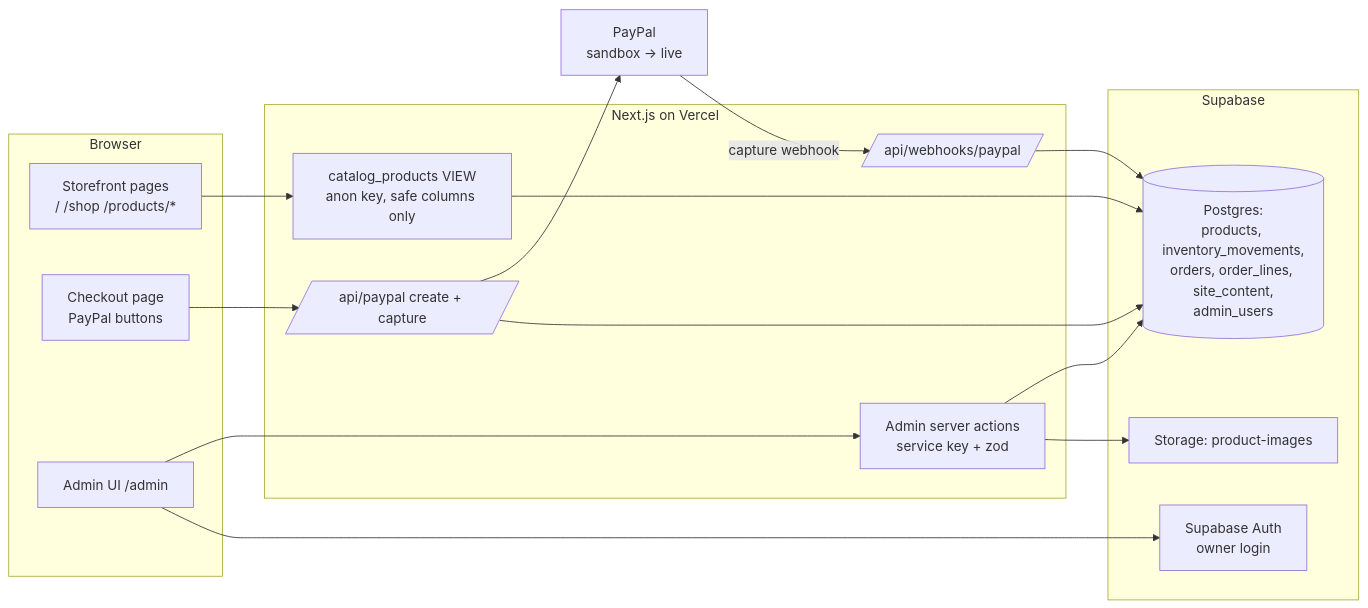
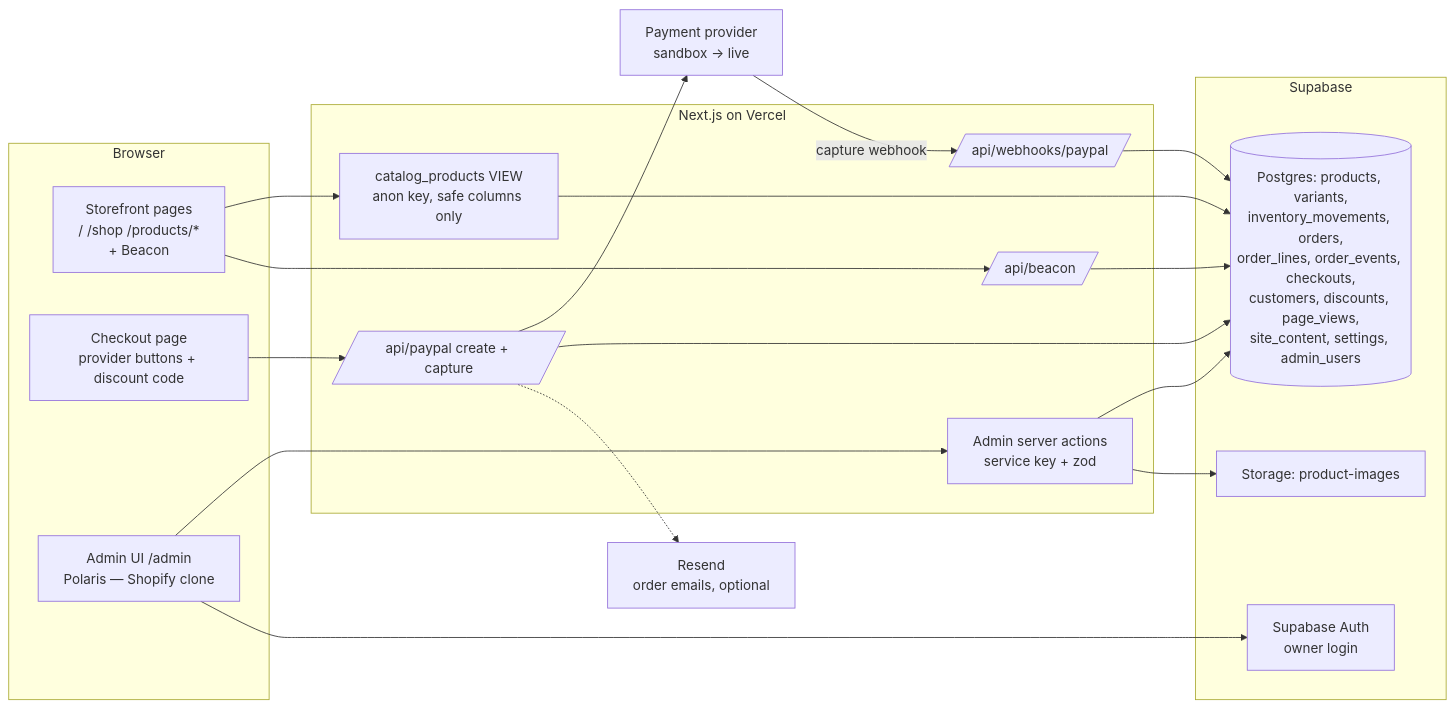
The first of 2 diagrams in docs/admin-design.md (CharlesChi715/goldrose-storefront), drawn with Mermaid before and after one commit. The commit also changed other lines of this file and 2 other files, not shown here.

First line of the commit message:
docs(admin): expand backend design for Shopify parity

````diff
--- a/docs/admin-design.md
+++ b/docs/admin-design.md
@@ -52,28 +259,32 @@
 ```mermaid
 flowchart LR
   subgraph Browser
-    SF[Storefront pages<br/>/ /shop /products/*]
-    CO[Checkout page<br/>PayPal buttons]
-    AD[Admin UI /admin]
+    SF[Storefront pages<br/>/ /shop /products/*<br/>+ Beacon]
+    CO[Checkout page<br/>provider buttons + discount code]
+    AD[Admin UI /admin<br/>Polaris — Shopify clone]
   end
   subgraph Vercel["Next.js on Vercel"]
     VIEW[catalog_products VIEW<br/>anon key, safe columns only]
     SA[Admin server actions<br/>service key + zod]
     PPA[/api/paypal create + capture/]
+    BE[/api/beacon/]
     WH[/api/webhooks/paypal/]
   end
   subgraph Supabase
-    DB[(Postgres:<br/>products, inventory_movements,<br/>orders, order_lines, site_content,<br/>admin_users)]
+    DB[(Postgres: products, variants,<br/>inventory_movements, orders,<br/>order_lines, order_events, checkouts,<br/>customers, discounts, page_views,<br/>site_content, settings, admin_users)]
     AUTH[Supabase Auth<br/>owner login]
     STOR[Storage: product-images]
   end
-  PP[PayPal<br/>sandbox → live]
+  PP[Payment provider<br/>sandbox → live]
+  EM[Resend<br/>order emails, optional]
 
   SF --> VIEW --> DB
+  SF --> BE --> DB
   CO --> PPA --> PP
   PP -->|capture webhook| WH --> DB
   PPA --> DB
+  PPA -.-> EM
   AD --> SA --> DB
   AD --> AUTH
   SA --> STOR
 ```
````
